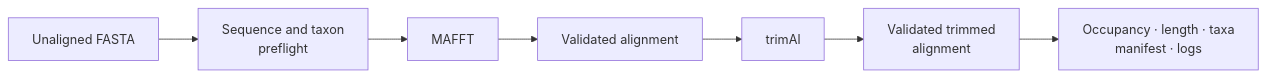
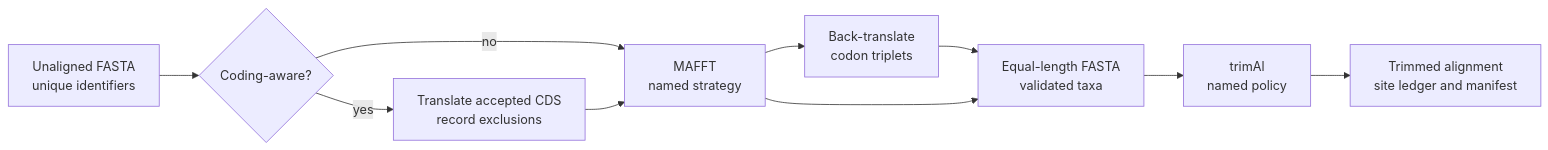
The diagram in docs/04-bijux-phylogenetics-parities/external-engines/alignment-and-trimming.md (bijux/bijux-phylogenetics), drawn with Mermaid before and after one commit. The commit also changed other lines of this file and 4 other files, not shown here.

````diff
--- a/docs/04-bijux-phylogenetics-parities/external-engines/alignment-and-trimming.md
+++ b/docs/04-bijux-phylogenetics-parities/external-engines/alignment-and-trimming.md
@@ -17,12 +18,16 @@
 ```mermaid
 flowchart LR
-    fasta["Unaligned FASTA"]
-    preflight["Sequence and taxon<br/>preflight"]
-    mafft["MAFFT"]
-    aligned["Validated alignment"]
-    trimal["trimAl"]
-    trimmed["Validated trimmed<br/>alignment"]
-    review["Occupancy · length · taxa<br/>manifest · logs"]
+    source["Unaligned FASTA<br/>unique identifiers"]
+    coding{"Coding-aware?"}
+    protein["Translate accepted CDS<br/>record exclusions"]
+    mafft["MAFFT<br/>named strategy"]
+    restore["Back-translate<br/>codon triplets"]
+    aligned["Equal-length FASTA<br/>validated taxa"]
+    trimal["trimAl<br/>named policy"]
+    handoff["Trimmed alignment<br/>site ledger and manifest"]
 
-    fasta --> preflight --> mafft --> aligned --> trimal --> trimmed --> review
+    source --> coding
+    coding -->|no| mafft
+    coding -->|yes| protein --> mafft --> restore --> aligned
+    mafft --> aligned --> trimal --> handoff
 ```
````
